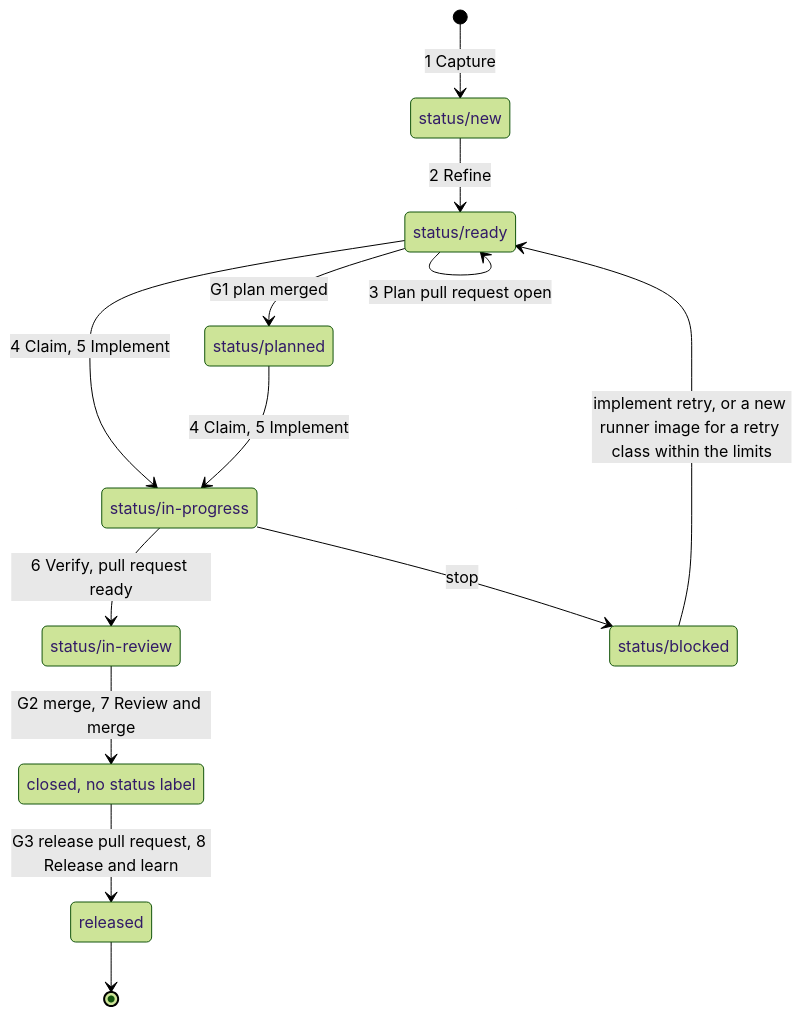
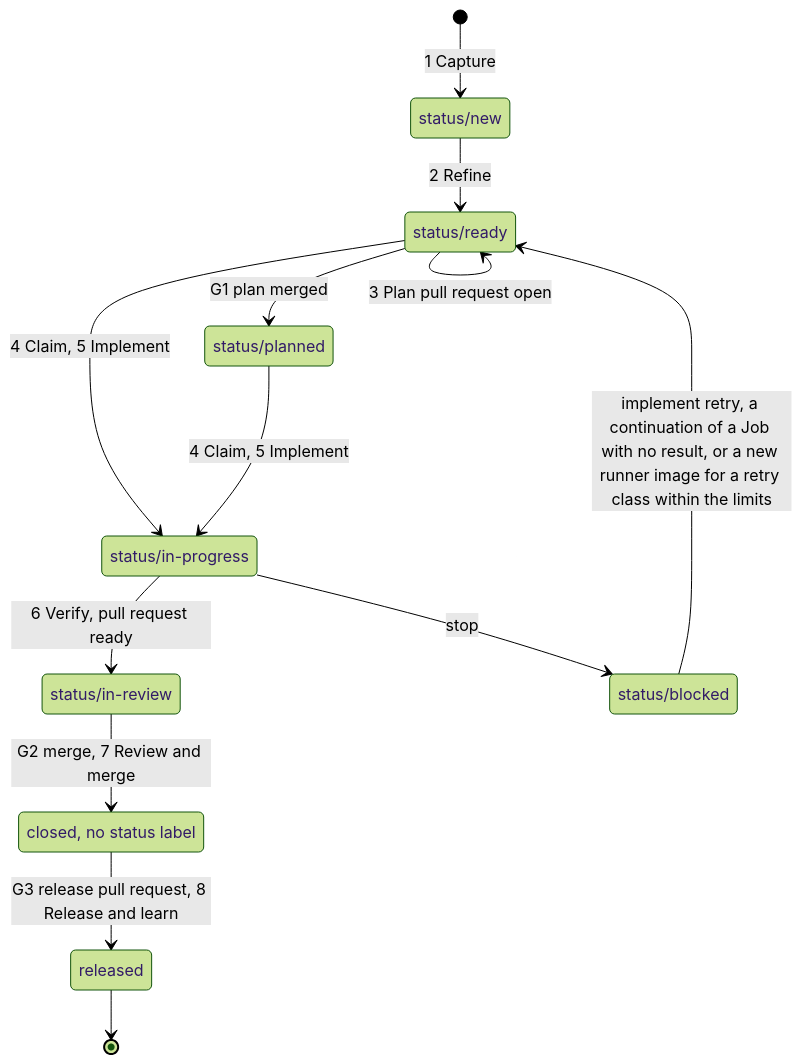
The diagram in docs/ROADMAP_WORKFLOW.md (dan-petty/devops-cli), drawn with Mermaid (forest theme) before and after one commit. The commit also changed other lines of this file and 15 other files, not shown here.

First line of the commit message:
fix(roadmap): state the limits of the continuation and pin its edges

````diff
--- a/docs/ROADMAP_WORKFLOW.md
+++ b/docs/ROADMAP_WORKFLOW.md
@@ -217,22 +221,22 @@
 ```mermaid
 stateDiagram-v2
     [*] --> new: 1 Capture
     new --> ready: 2 Refine
     ready --> ready: 3 Plan pull request open
     ready --> planned: G1 plan merged
     ready --> in_progress: 4 Claim, 5 Implement
     planned --> in_progress: 4 Claim, 5 Implement
     in_progress --> in_review: 6 Verify, pull request ready
     in_progress --> blocked: stop
-    blocked --> ready: implement retry, or a new runner image for a retry class within the limits
+    blocked --> ready: implement retry, a continuation of a Job with no result, or a new runner image for a retry class within the limits
     in_review --> closed: G2 merge, 7 Review and merge
     closed --> released: G3 release pull request, 8 Release and learn
     released --> [*]
     new: status/new
     ready: status/ready
     planned: status/planned
     blocked: status/blocked
     in_progress: status/in-progress
     in_review: status/in-review
     closed: closed, no status label
 ```
````
